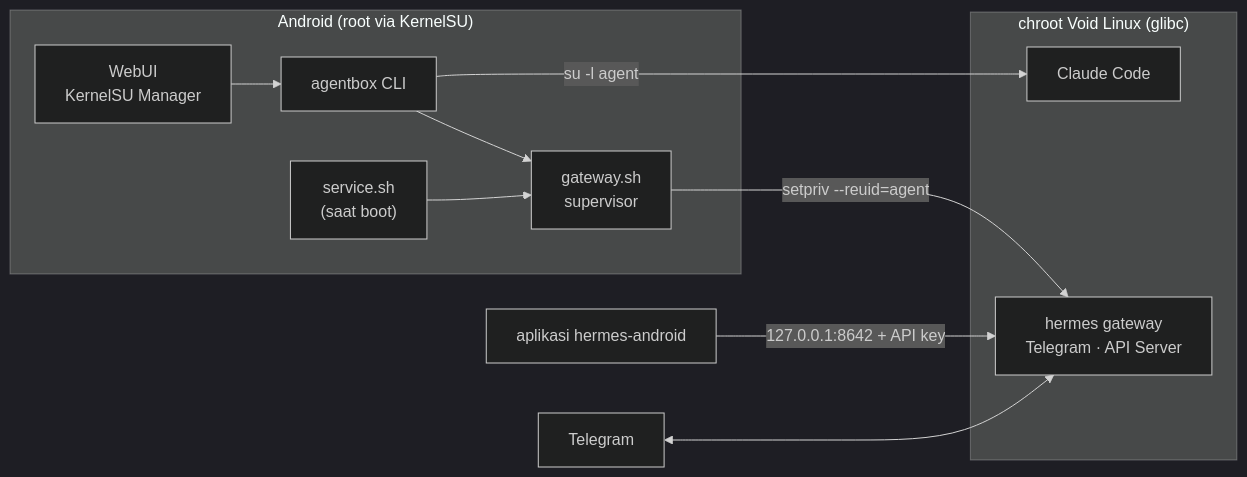
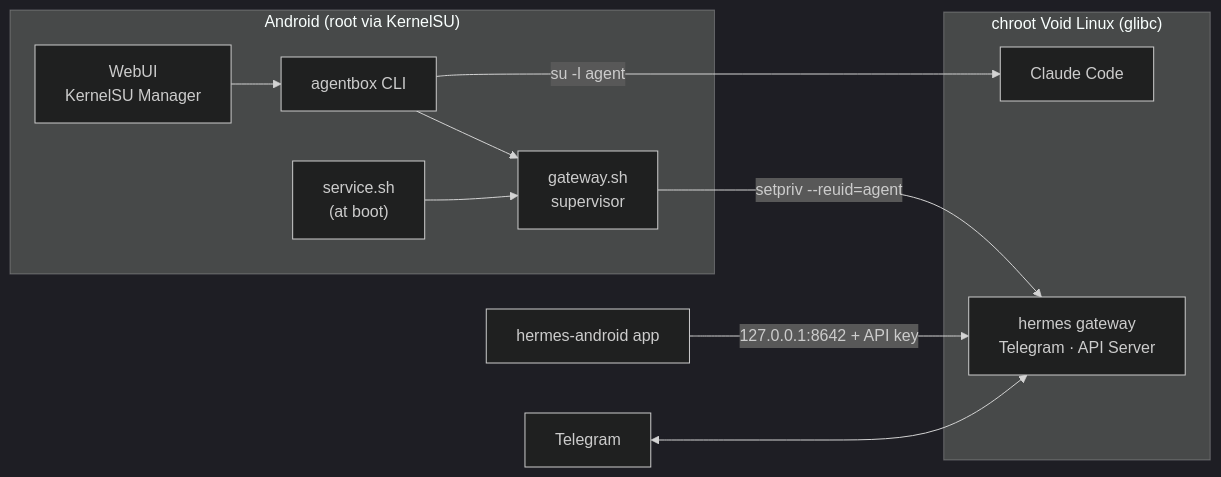
The diagram in README.md (rjial/agentbox), drawn with Mermaid (dark theme) before and after one commit. The commit also changed other lines of this file and 2 other files, not shown here.

````diff
--- a/README.md
+++ b/README.md
@@ -78,16 +84,16 @@
 ```mermaid
 flowchart LR
   subgraph Android["Android (root via KernelSU)"]
     WebUI["WebUI<br/>KernelSU Manager"] --> CLI["agentbox CLI"]
-    Boot["service.sh<br/>(saat boot)"] --> SUP["gateway.sh<br/>supervisor"]
+    Boot["service.sh<br/>(at boot)"] --> SUP["gateway.sh<br/>supervisor"]
     CLI --> SUP
   end
   subgraph Void["chroot Void Linux (glibc)"]
     Claude["Claude Code"]
     Hermes["hermes gateway<br/>Telegram · API Server"]
   end
   CLI -- "su -l agent" --> Claude
   SUP -- "setpriv --reuid=agent" --> Hermes
-  App["aplikasi hermes-android"] -- "127.0.0.1:8642 + API key" --> Hermes
+  App["hermes-android app"] -- "127.0.0.1:8642 + API key" --> Hermes
   TG["Telegram"] <--> Hermes
 ```
````
